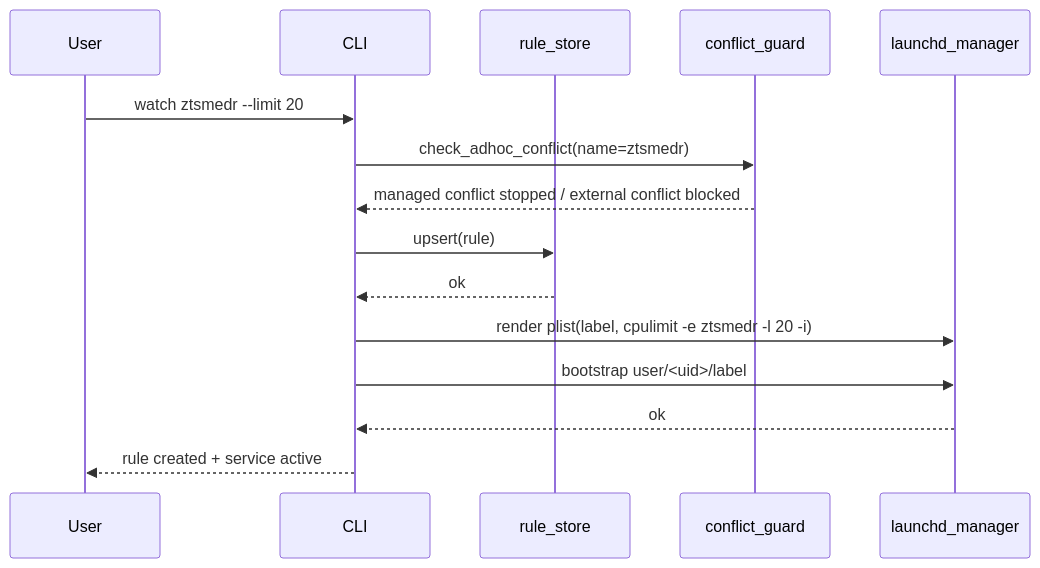
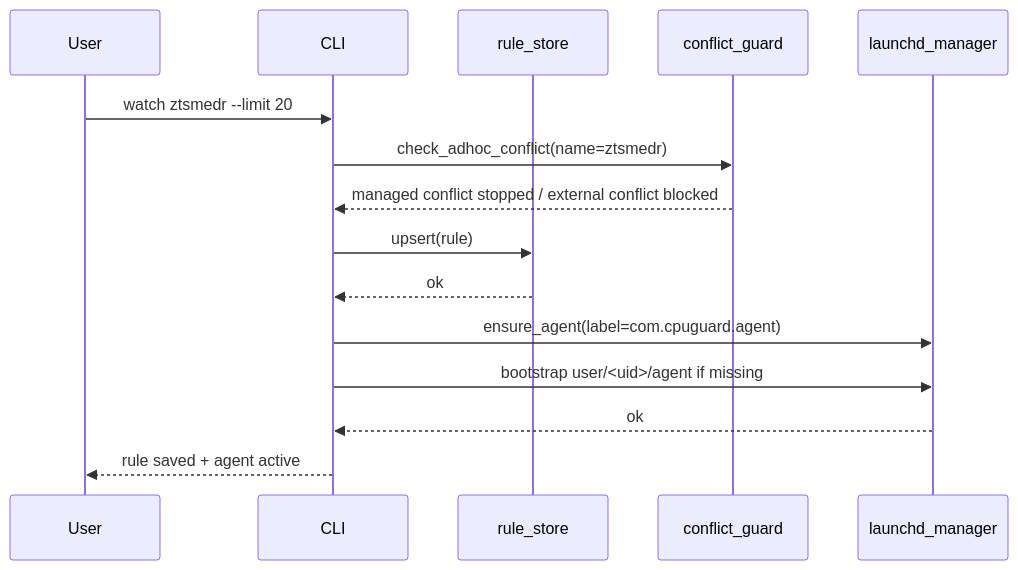
The second of 6 diagrams in docs/02-architecture.md (hxy91819/cpuguard), drawn with Mermaid before and after one commit. The commit also changed other lines of this file and 21 other files, not shown here.

````diff
--- a/docs/02-architecture.md
+++ b/docs/02-architecture.md
@@ -31,18 +37,18 @@
 ```mermaid
 sequenceDiagram
     participant U as User
     participant C as CLI
     participant R as rule_store
     participant G as conflict_guard
     participant L as launchd_manager
 
     U->>C: watch ztsmedr --limit 20
     C->>G: check_adhoc_conflict(name=ztsmedr)
     G-->>C: managed conflict stopped / external conflict blocked
     C->>R: upsert(rule)
     R-->>C: ok
-    C->>L: render plist(label, cpulimit -e ztsmedr -l 20 -i)
-    C->>L: bootstrap user/<uid>/label
+    C->>L: ensure_agent(label=com.cpuguard.agent)
+    C->>L: bootstrap user/<uid>/agent if missing
     L-->>C: ok
-    C-->>U: rule created + service active
+    C-->>U: rule saved + agent active
 ```
````
